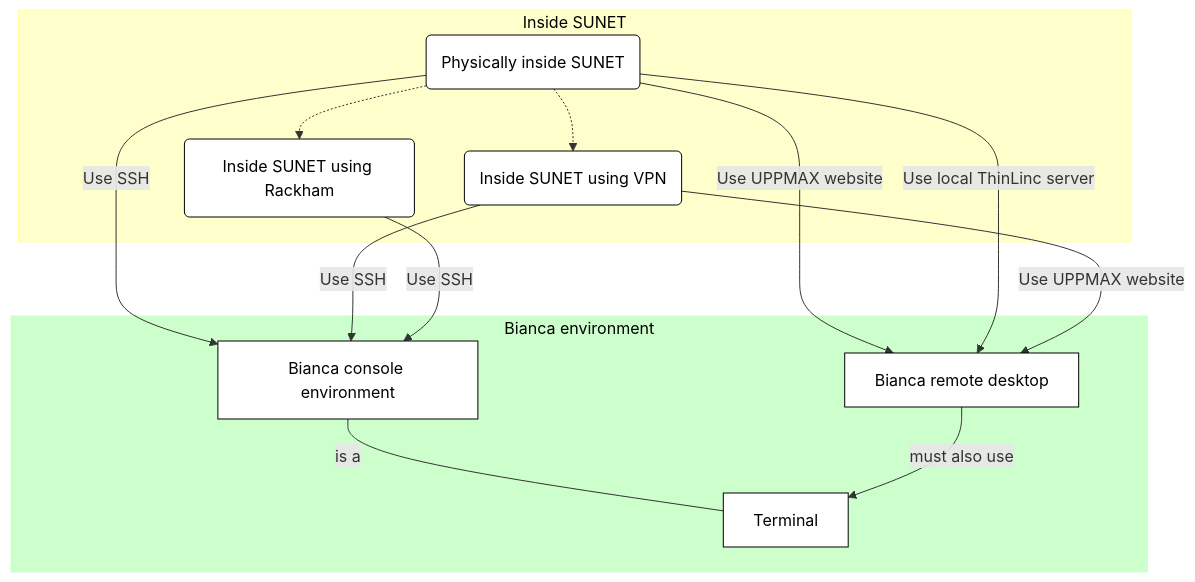
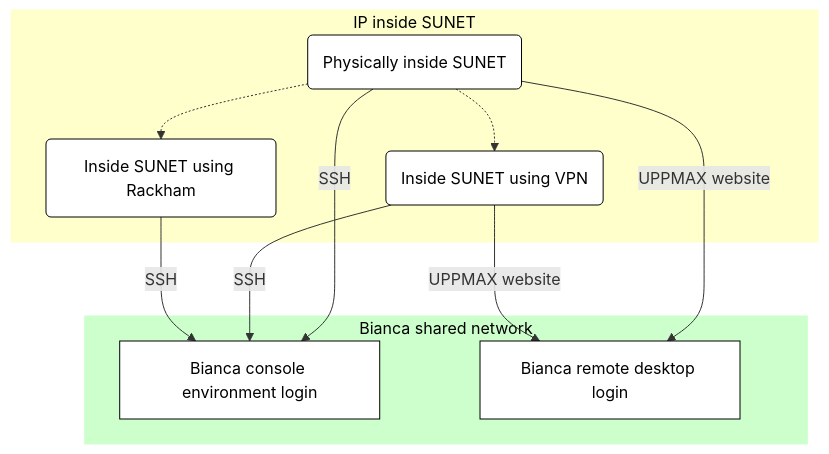
The third of 4 diagrams in docs/getting_started/login_bianca.md (UPPMAX/UPPMAX-documentation), drawn with Mermaid before and after one commit. The commit also changed other lines of this file, not shown here.

````diff
--- a/docs/getting_started/login_bianca.md
+++ b/docs/getting_started/login_bianca.md
@@ -326,34 +330,30 @@
 ```mermaid
 flowchart TD
 
-    subgraph sub_inside[Inside SUNET]
+    %% Give a white background, instead of a transparent one
+    classDef node fill:#fff,color:#000,stroke:#000
+    classDef focus_node fill:#fff,color:#000,stroke:#000,stroke-width:4px
+
+    subgraph sub_inside[IP inside SUNET]
       physically_inside(Physically inside SUNET)
       inside_using_vpn(Inside SUNET using VPN)
       inside_using_rackham(Inside SUNET using Rackham)
-      style physically_inside fill:#fff,color:#000,stroke:#000
-      style inside_using_vpn fill:#fff,color:#000,stroke:#000
-      style inside_using_rackham fill:#fff,color:#000,stroke:#000
     end
-    style sub_inside fill:#ffc,color:#000,stroke:#ffa
+    style sub_inside fill:#ffc,color:#000,stroke:#ffc
 
-    subgraph sub_bianca_env[Bianca environment]
-      bianca_console[Bianca console environment]
-      bianca_remote_desktop[Bianca remote desktop] 
-      bianca_terminal[Terminal] 
-      style bianca_console fill:#fff,color:#000,stroke:#000
-      style bianca_remote_desktop fill:#fff,color:#000,stroke:#000
-      style bianca_terminal fill:#fff,color:#000,stroke:#000
+    subgraph sub_bianca_shared_env[Bianca shared network]
+      bianca_shared_console[Bianca console environment login]
+      bianca_shared_remote_desktop[Bianca remote desktop login] 
+
     end
-    style sub_bianca_env fill:#cfc,color:#000,stroke:#cfc
+    style sub_bianca_shared_env fill:#cfc,color:#000,stroke:#cfc
 
-    physically_inside-->|Use SSH|bianca_console
-    physically_inside-->|Use UPPMAX website|bianca_remote_desktop
-    physically_inside-->|Use local ThinLinc server|bianca_remote_desktop
+    %% Inside SUNET
+    physically_inside-->|SSH|bianca_shared_console
+    physically_inside-->|UPPMAX website|bianca_shared_remote_desktop
     physically_inside-.->inside_using_rackham
     physically_inside-.->inside_using_vpn
-    inside_using_vpn-->|Use SSH|bianca_console
-    inside_using_vpn-->|Use UPPMAX website|bianca_remote_desktop
-    inside_using_rackham-->|Use SSH|bianca_console
-    bianca_console---|is a|bianca_terminal
-    bianca_remote_desktop-->|must also use|bianca_terminal
+    inside_using_vpn-->|SSH|bianca_shared_console
+    inside_using_vpn-->|UPPMAX website|bianca_shared_remote_desktop
+    inside_using_rackham-->|SSH|bianca_shared_console
 ```
````
